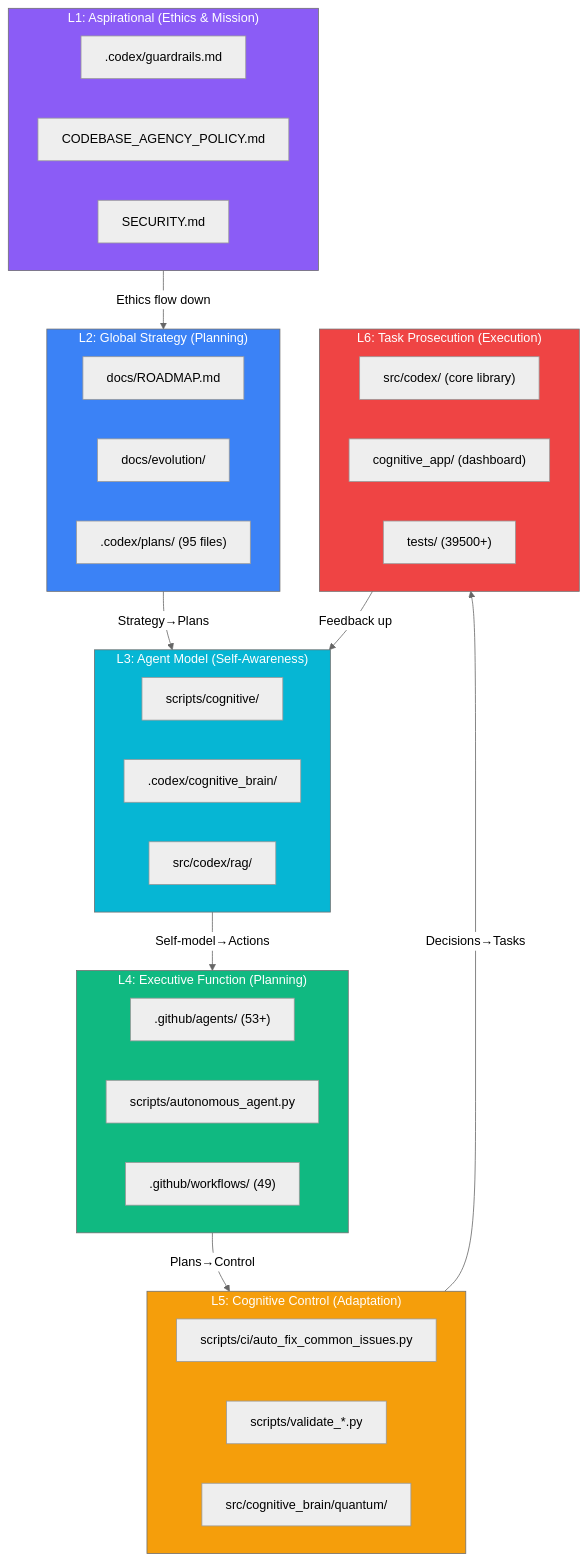
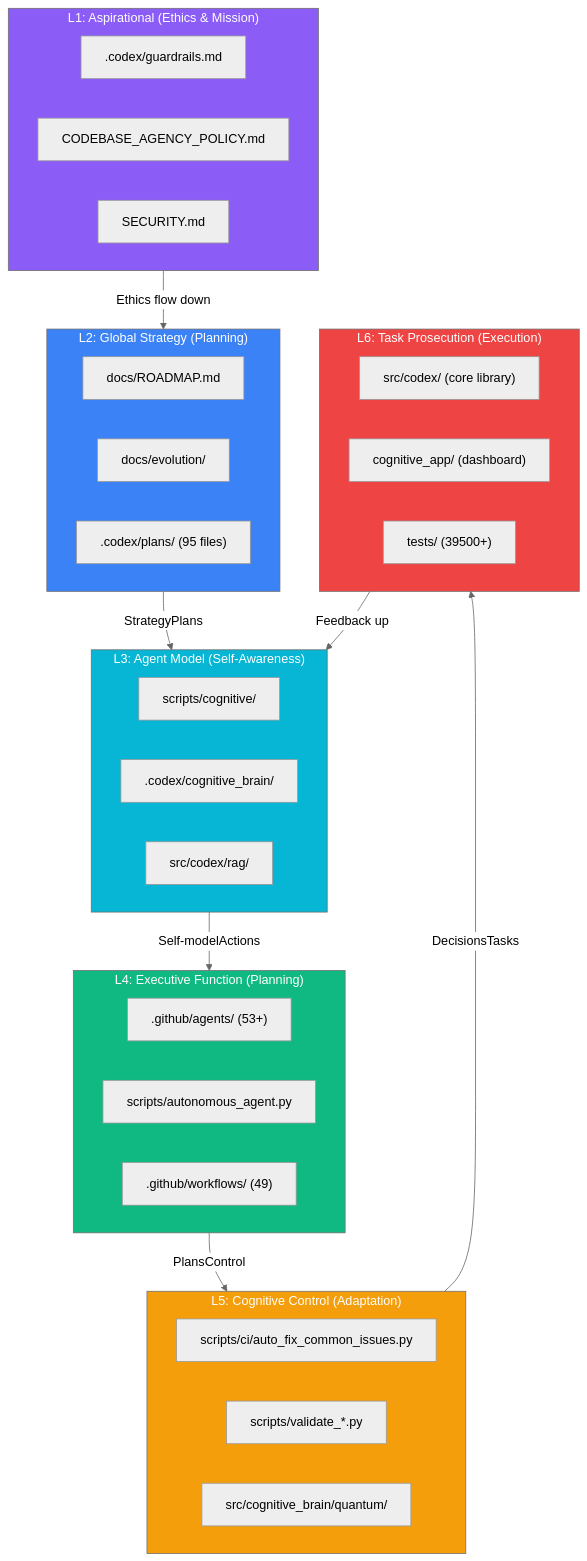
Before and after one commit to Aries-Serpent/_codex_: the diagram in docs/evolution/COGNITIVE_CODEBASE_MAP.md, drawn with Mermaid (neutral theme). The commit also changed other lines of this file and 4117 other files, not shown here.

````diff
--- a/docs/evolution/COGNITIVE_CODEBASE_MAP.md
+++ b/docs/evolution/COGNITIVE_CODEBASE_MAP.md
@@ -14,53 +14,59 @@
 ```mermaid
 %%{init: {'accessibility': {'title': 'Flowchart showing "L1: Aspirational (Ethics & Mission)", ".codex/guardrails.md"'}}%%
+
 graph TD
-    subgraph L1["L1: Aspirational (Ethics & Mission)"]
-        E1[".codex/guardrails.md"]
-        E2["CODEBASE_AGENCY_POLICY.md"]
-        E3["SECURITY.md"]
-    end
+ subgraph L1["L1: Aspirational (Ethics & Mission)"]
+ E1[".codex/guardrails.md"]
+ E2["CODEBASE_AGENCY_POLICY.md"]
+ E3["SECURITY.md"]
+ end
 
-    subgraph L2["L2: Global Strategy (Planning)"]
-        S1["docs/ROADMAP.md"]
-        S2["docs/evolution/"]
-        S3[".codex/plans/ (95 files)"]
-    end
+ subgraph L2["L2: Global Strategy (Planning)"]
+ S1["docs/ROADMAP.md"]
+ S2["docs/evolution/"]
+ S3[".codex/plans/ (95 files)"]
+ end
 
-    subgraph L3["L3: Agent Model (Self-Awareness)"]
-        M1["scripts/cognitive/"]
-        M2[".codex/cognitive_brain/"]
-        M3["src/codex/rag/"]
-    end
+ subgraph L3["L3: Agent Model (Self-Awareness)"]
+ M1["scripts/cognitive/"]
+ M2[".codex/cognitive_brain/"]
+ M3["src/codex/rag/"]
+ end
 
-    subgraph L4["L4: Executive Function (Planning)"]
-        X1[".github/agents/ (53+)"]
-        X2["scripts/autonomous_agent.py"]
-        X3[".github/workflows/ (49)"]
-    end
+ subgraph L4["L4: Executive Function (Planning)"]
+ X1[".github/agents/ (53+)"]
+ X2["scripts/autonomous_agent.py"]
+ X3[".github/workflows/ (49)"]
+ end
 
-    subgraph L5["L5: Cognitive Control (Adaptation)"]
-        C1["scripts/ci/auto_fix_common_issues.py"]
-        C2["scripts/validate_*.py"]
-        C3["src/cognitive_brain/quantum/"]
-    end
+ subgraph L5["L5: Cognitive Control (Adaptation)"]
+ C1["scripts/ci/auto_fix_common_issues.py"]
+ C2["scripts/validate_*.py"]
+ C3["src/cognitive_brain/quantum/"]
+ end
 
-    subgraph L6["L6: Task Prosecution (Execution)"]
-        T1["src/codex/ (core library)"]
-        T2["cognitive_app/ (dashboard)"]
-        T3["tests/ (39500+)"]
-    end
+ subgraph L6["L6: Task Prosecution (Execution)"]
+ T1["src/codex/ (core library)"]
+ T2["cognitive_app/ (dashboard)"]
+ T3["tests/ (39500+)"]
+ end
 
-    L1 -->|"Ethics flow down"| L2
-    L2 -->|"Strategy→Plans"| L3
-    L3 -->|"Self-model→Actions"| L4
-    L4 -->|"Plans→Control"| L5
-    L5 -->|"Decisions→Tasks"| L6
-    L6 -->|"Feedback up"| L3
+ L1 -->|"Ethics flow down"| L2
 
-    style L1 fill:#8b5cf6,color:#fff
-    style L2 fill:#3b82f6,color:#fff
-    style L3 fill:#06b6d4,color:#fff
-    style L4 fill:#10b981,color:#fff
-    style L5 fill:#f59e0b,color:#fff
-    style L6 fill:#ef4444,color:#fff
+ L2 -->|"StrategyPlans"| L3
+
+ L3 -->|"Self-modelActions"| L4
+
+ L4 -->|"PlansControl"| L5
+
+ L5 -->|"DecisionsTasks"| L6
+
+ L6 -->|"Feedback up"| L3
+
+ style L1 fill:#8b5cf6,color:#fff
+ style L2 fill:#3b82f6,color:#fff
+ style L3 fill:#06b6d4,color:#fff
+ style L4 fill:#10b981,color:#fff
+ style L5 fill:#f59e0b,color:#fff
+ style L6 fill:#ef4444,color:#fff
 ```
````
